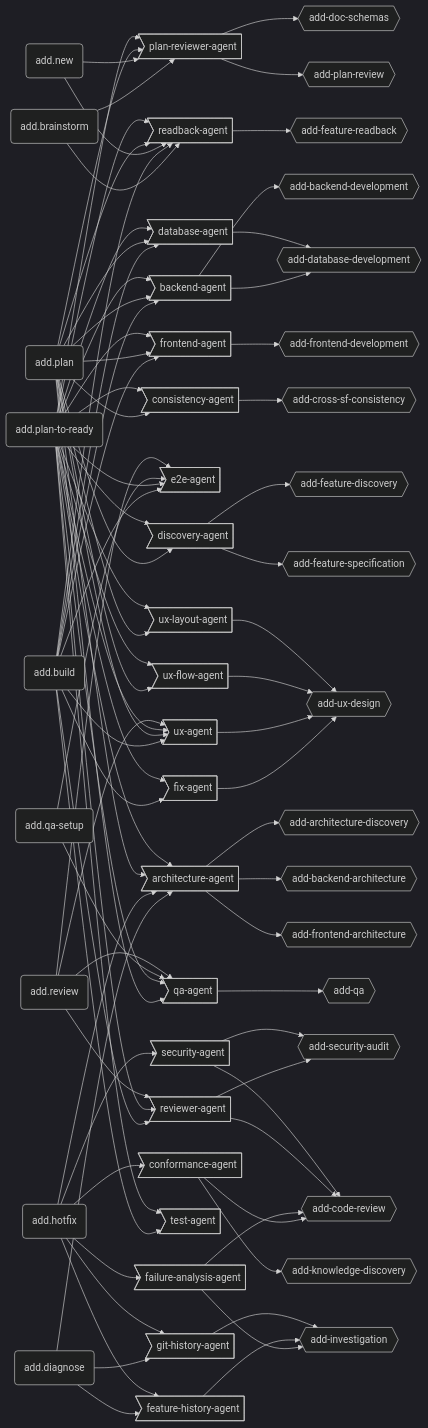
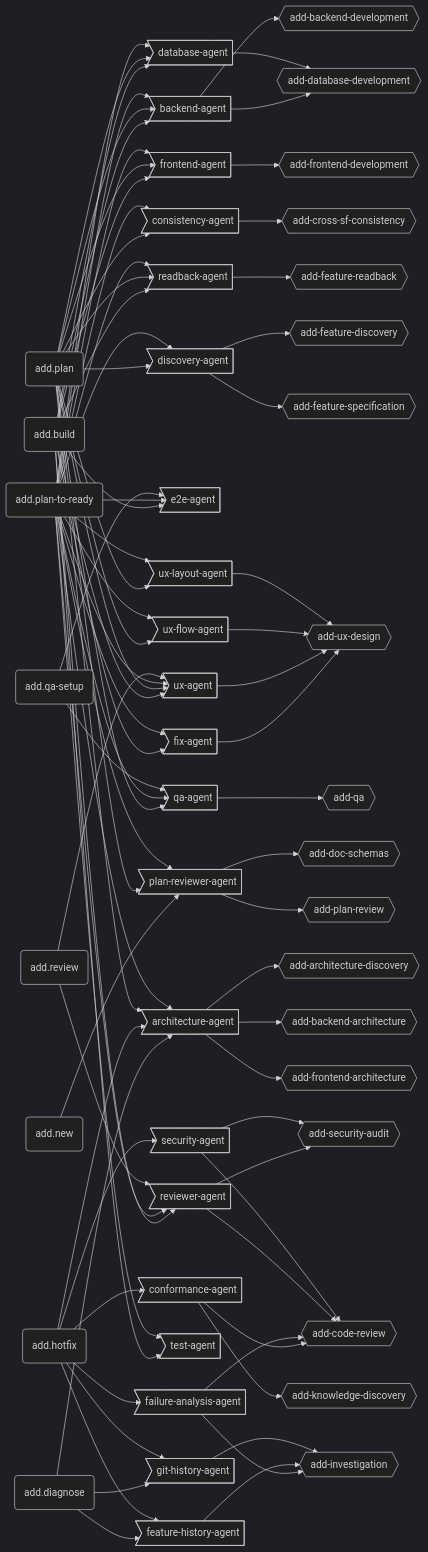
The third of 3 diagrams in ecosystem.md (brabos-ai/code-addiction), drawn with Mermaid (dark theme) before and after one commit. The commit also changed other lines of this file and 5 other files, not shown here.

````diff
--- a/ecosystem.md
+++ b/ecosystem.md
@@ -96,6 +92,5 @@
 ```mermaid
 graph LR
-  BRAINSTORM(add.brainstorm)
   BUILD(add.build)
   DIAGNOSE(add.diagnose)
   HOTFIX(add.hotfix)
@@ -146,15 +141,14 @@
   SEAU{{add-security-audit}}
   UXDE{{add-ux-design}}
 
-  BRAINSTORM --> PRA & RBA
   BUILD --> BAA & DAA & E2A & FIA & FRA & RBA & REA & TEA & UXA
   DIAGNOSE --> ARA & FEHIA & GIHIA
   HOTFIX --> ARA & COA & FAA & FEHIA & GIHIA & SEA
-  NEW --> PRA & RBA
+  NEW --> PRA
   PLAN --> ARA & BAA & CSA & DAA & DIA & FRA & PRA & QAA & RBA & UXA & UXFLA & UXLAA
   PLANTOREADY --> ARA & BAA & CSA & DAA & DIA & E2A & FIA & FRA & PRA & QAA & RBA & REA & TEA & UXA & UXFLA & UXLAA
   QASETUP --> E2A & QAA
-  REVIEW --> E2A & QAA & REA & UXA
+  REVIEW --> REA & UXA
 
   ARA --> ARDI & BAAR & FRAR
   BAA --> BADE & DADE
````
